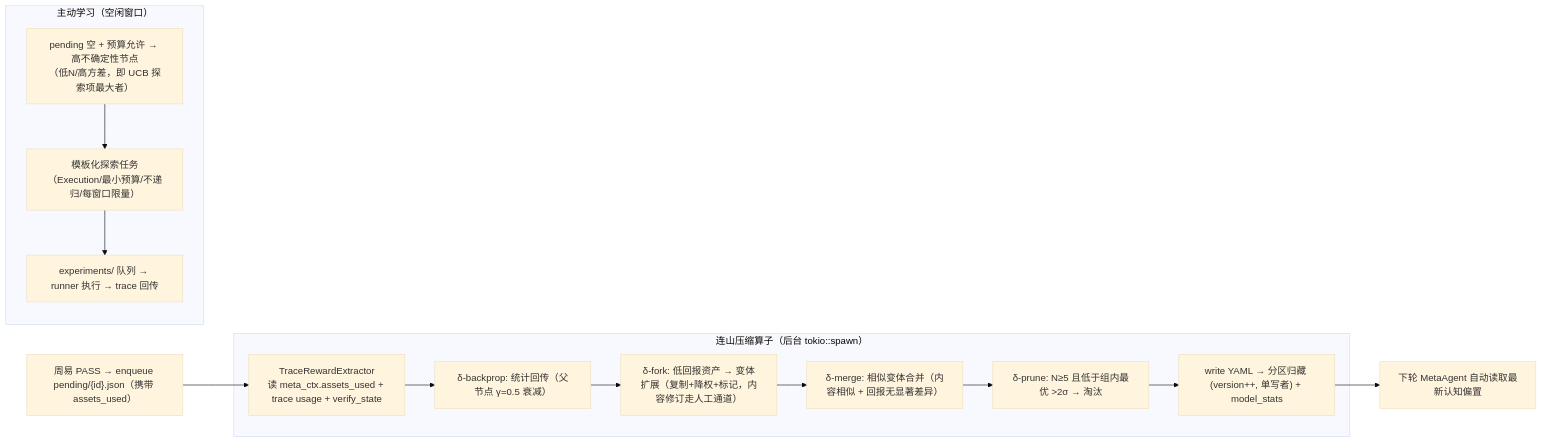
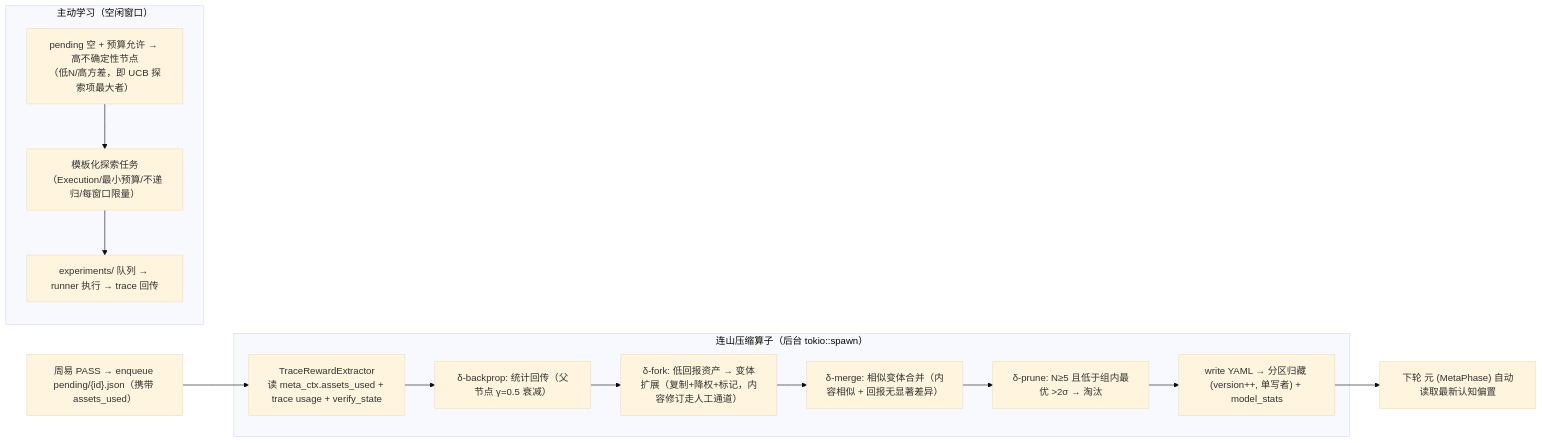
Before and after one commit to wenge6090-tech/taiji: the seventh of 7 diagrams in BCP-蓝图-完型协议.md, drawn with Mermaid (base theme). The commit also changed other lines of this file and 37 other files, not shown here.

````diff
--- a/BCP-蓝图-完型协议.md
+++ b/BCP-蓝图-完型协议.md
@@ -1559,20 +1601,20 @@
 ```mermaid
 flowchart LR
     PASS["周易 PASS → enqueue pending/{id}.json（携带 assets_used）"] --> READ["TraceRewardExtractor\n读 meta_ctx.assets_used + trace usage + verify_state"]
 
     subgraph "连山压缩算子（后台 tokio::spawn）"
         READ --> BP["δ-backprop: 统计回传（父节点 γ=0.5 衰减）"]
         BP --> FORK["δ-fork: 低回报资产 → 变体扩展（复制+降权+标记，内容修订走人工通道）"]
         FORK --> MRG["δ-merge: 相似变体合并（内容相似 + 回报无显著差异）"]
         MRG --> PRN["δ-prune: N≥5 且低于组内最优 >2σ → 淘汰"]
         PRN --> WRITE["write YAML → 分区归藏 (version++, 单写者) + model_stats"]
     end
 
-    WRITE --> NEXT["下轮 MetaAgent 自动读取最新认知偏置"]
+    WRITE --> NEXT["下轮 元 (MetaPhase) 自动读取最新认知偏置"]
 
     subgraph "主动学习（空闲窗口）"
         ACTIVE["pending 空 + 预算允许 → 高不确定性节点\n（低N/高方差，即 UCB 探索项最大者）"]
         ACTIVE --> EXP["模板化探索任务\n（Execution/最小预算/不递归/每窗口限量）"]
         EXP --> RUN["experiments/ 队列 → runner 执行 → trace 回传"]
     end
 ```
````
